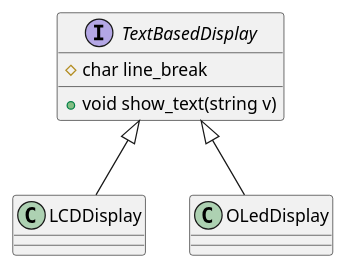
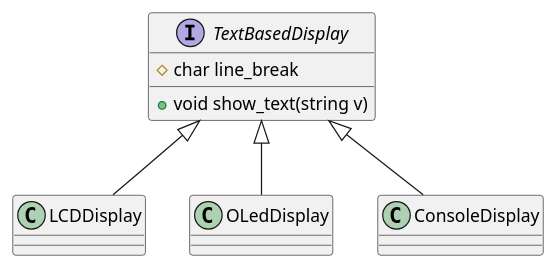
One commit to Beloin/LCD_Rasp_Weather changed the diagram in docs/display.puml. Above: the diagram before and after it, drawn with PlantUML. The commit also changed 7 other files, not shown here.

```diff
--- a/docs/display.puml
+++ b/docs/display.puml
@@ -1,15 +1,15 @@
 @startuml Display UML
 
 
 interface TextBasedDisplay {
     # char line_break
     + void show_text(string v)
 }
 
 TextBasedDisplay <|-- LCDDisplay
 
 TextBasedDisplay <|-- OLedDisplay
 
-
+TextBasedDisplay <|-- ConsoleDisplay
 
 @enduml
```
